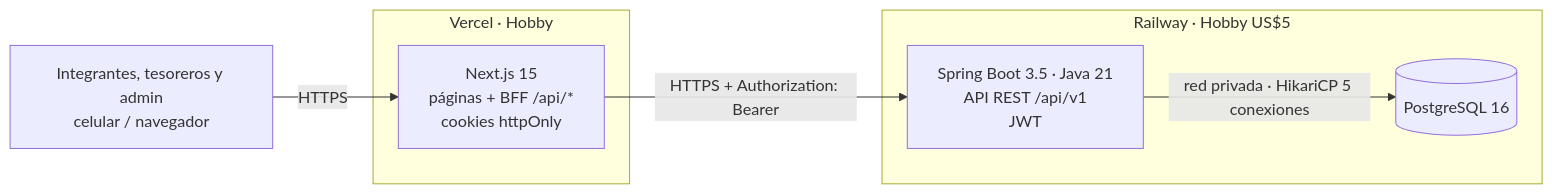
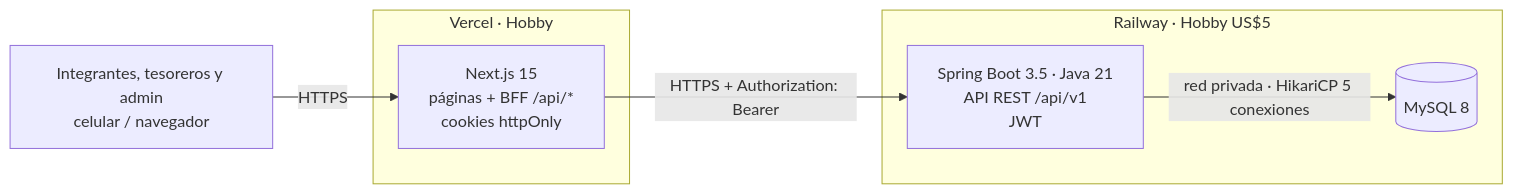
One commit to johnjavale/Natillera changed the first of 4 diagrams in ARQUITECTURA.md. Above: the diagram before and after it, drawn with Mermaid. The commit also changed other lines of this file and 19 other files, not shown here.

First line of the commit message:
Migrar la base de datos de PostgreSQL a MySQL 8

````diff
--- a/ARQUITECTURA.md
+++ b/ARQUITECTURA.md
@@ -28,13 +28,13 @@
 ```mermaid
 flowchart LR
     U[Integrantes, tesoreros y admin<br/>celular / navegador] -->|HTTPS| V
     subgraph Vercel [Vercel · Hobby]
         V[Next.js 15<br/>páginas + BFF /api/*<br/>cookies httpOnly]
     end
     subgraph Railway [Railway · Hobby US$5]
         B[Spring Boot 3.5 · Java 21<br/>API REST /api/v1<br/>JWT]
-        P[(PostgreSQL 16)]
+        P[(MySQL 8)]
     end
     V -->|HTTPS + Authorization: Bearer| B
     B -->|red privada · HikariCP 5 conexiones| P
 ```
````
